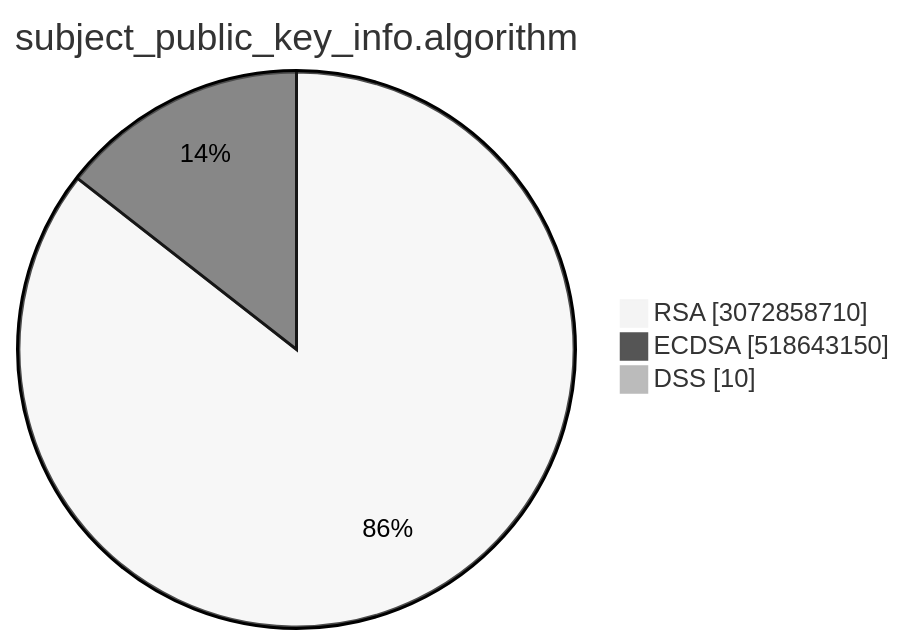
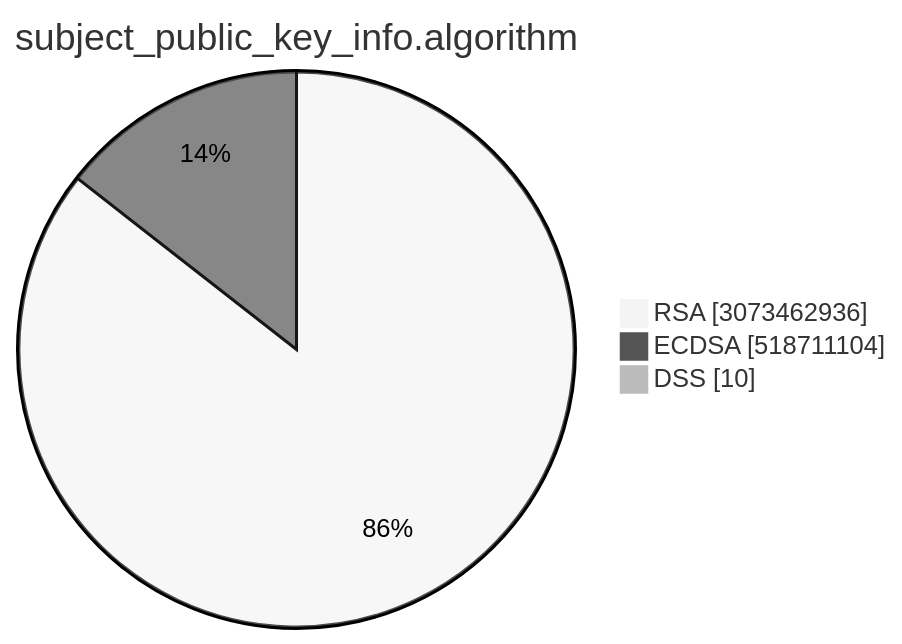
Before and after one commit to christiankrug/ctmonitor_visualization: the second of 15 diagrams in TOTAL/README.md, drawn with Mermaid (neutral theme). The commit also changed other lines of this file, not shown here.

````diff
--- a/TOTAL/README.md
+++ b/TOTAL/README.md
@@ -6,7 +6,7 @@
 ```mermaid
 pie showData
 title subject_public_key_info.algorithm
-"RSA" :3072858710
-"ECDSA" :518643150
+"RSA" :3073462936
+"ECDSA" :518711104
 "DSS" :10
 ```
````
